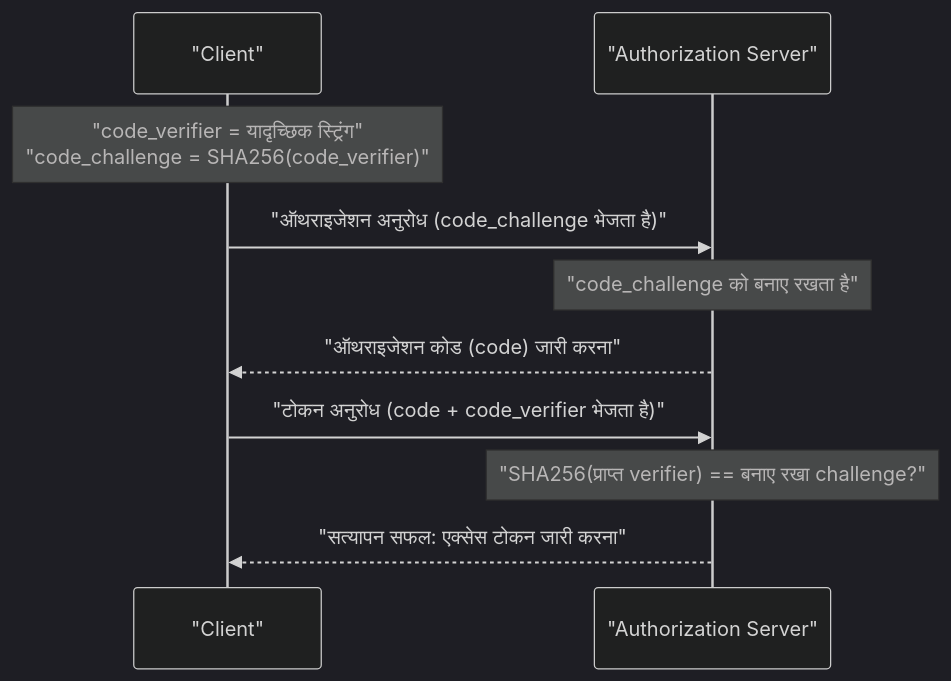
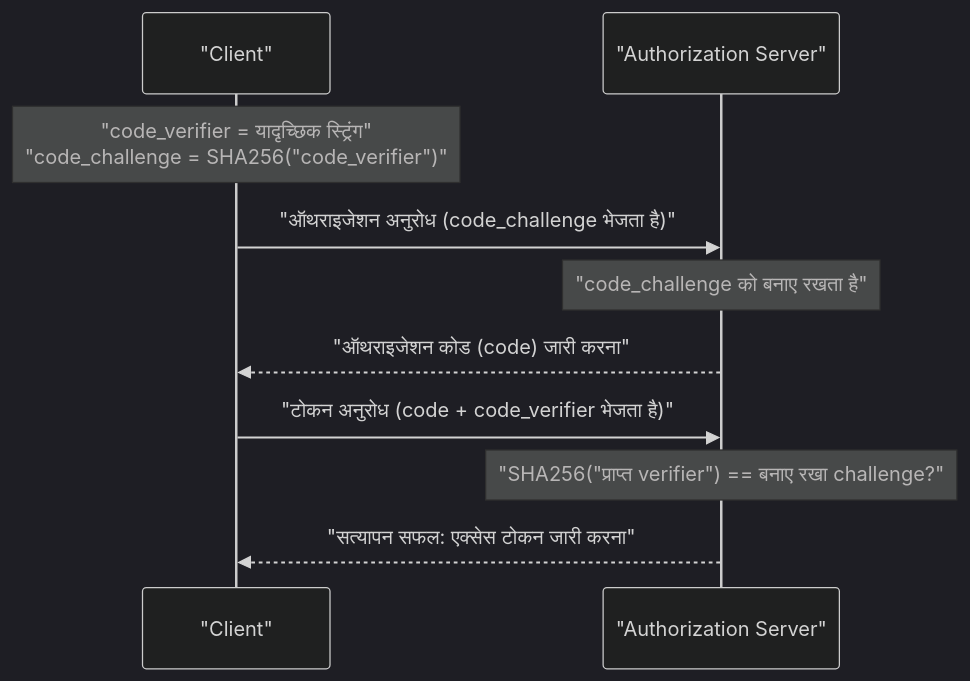
One commit to kenjinote/blog changed the third of 3 diagrams in content/post/oauth2_slack_app/index.hi.md. Above: the diagram before and after it, drawn with Mermaid (dark theme). The commit also changed 929 other files, not shown here.

Commit message:
fix: Add double quotes to all Mermaid node texts to resolve syntax errors

````diff
--- a/content/post/oauth2_slack_app/index.hi.md
+++ b/content/post/oauth2_slack_app/index.hi.md
@@ -329,14 +329,14 @@
 ```mermaid
 sequenceDiagram
     participant C as "Client"
     participant AS as "Authorization Server"
     
-    Note over C: "code_verifier = यादृच्छिक स्ट्रिंग"<br/>"code_challenge = SHA256(code_verifier)"
+    Note over C: "code_verifier = यादृच्छिक स्ट्रिंग"<br/>"code_challenge = SHA256("code_verifier")"
     C->>AS: "ऑथराइजेशन अनुरोध (code_challenge भेजता है)"
     Note over AS: "code_challenge को बनाए रखता है"
     AS-->>C: "ऑथराइजेशन कोड (code) जारी करना"
     
     C->>AS: "टोकन अनुरोध (code + code_verifier भेजता है)"
-    Note over AS: "SHA256(प्राप्त verifier) == बनाए रखा challenge?"
+    Note over AS: "SHA256("प्राप्त verifier") == बनाए रखा challenge?"
     AS-->>C: "सत्यापन सफल: एक्सेस टोकन जारी करना"
 ```
````
